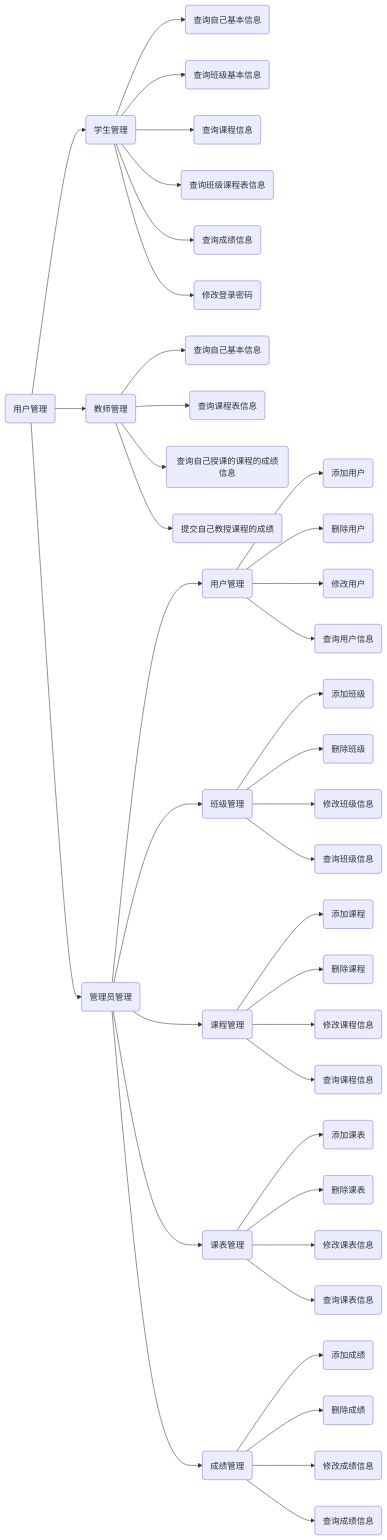
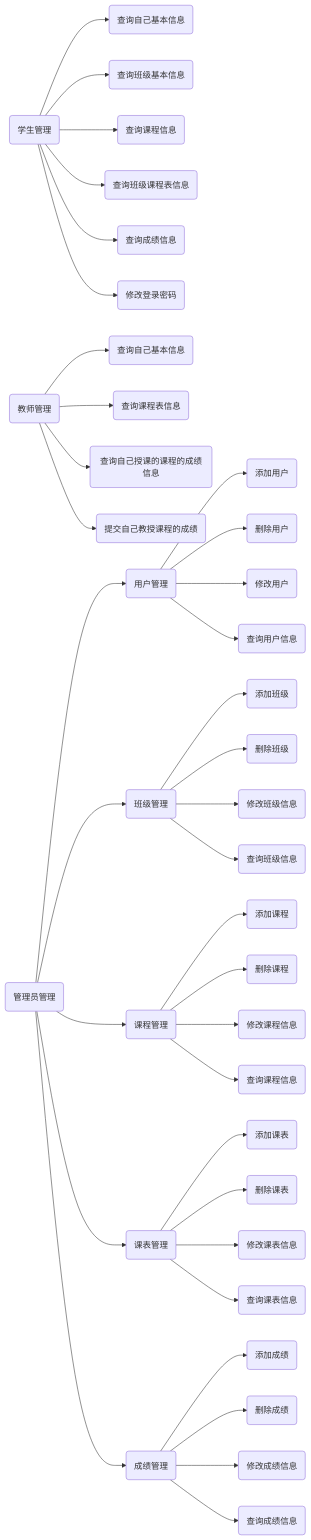
One commit to w17601402786/springmvc_ssm changed the diagram in 项目需求.md. Above: the diagram before and after it, drawn with Mermaid.

Commit message:
功能图优化结构

````diff
--- a/项目需求.md
+++ b/项目需求.md
@@ -103,42 +103,42 @@
 ```mermaid
 graph LR
-  A(用户管理)-->B(学生管理);
-  A-->C(教师管理);
-  A-->D(管理员管理);
+  B(学生管理);
+  C(教师管理);
+  D(管理员管理);
   B-->E(查询自己基本信息);
   B-->F(查询班级基本信息);
   B-->G(查询课程信息);
   B-->H(查询班级课程表信息);
   B-->I(查询成绩信息);
   B-->J(修改登录密码);
   C-->K(查询自己基本信息);
   C-->L(查询课程表信息);
   C-->M(查询自己授课的课程的成绩信息);
   C-->N(提交自己教授课程的成绩);
   D-->O(用户管理);
   D-->P(班级管理);
   D-->Q(课程管理);
   D-->R(课表管理);
   D-->S(成绩管理);
   O-->T(添加用户);
   O-->U(删除用户);
   O-->V(修改用户);
   O-->W(查询用户信息);
   P-->X(添加班级);
   P-->Y(删除班级);
   P-->Z(修改班级信息);
   P-->AA(查询班级信息);
   Q-->AB(添加课程);
   Q-->AC(删除课程);
   Q-->AD(修改课程信息);
   Q-->AE(查询课程信息);
   R-->AF(添加课表);
   R-->AG(删除课表);
   R-->AH(修改课表信息);
   R-->AI(查询课表信息);
   S-->AJ(添加成绩);
   S-->AK(删除成绩);
   S-->AL(修改成绩信息);
   S-->AM(查询成绩信息);
 
 ```
````
